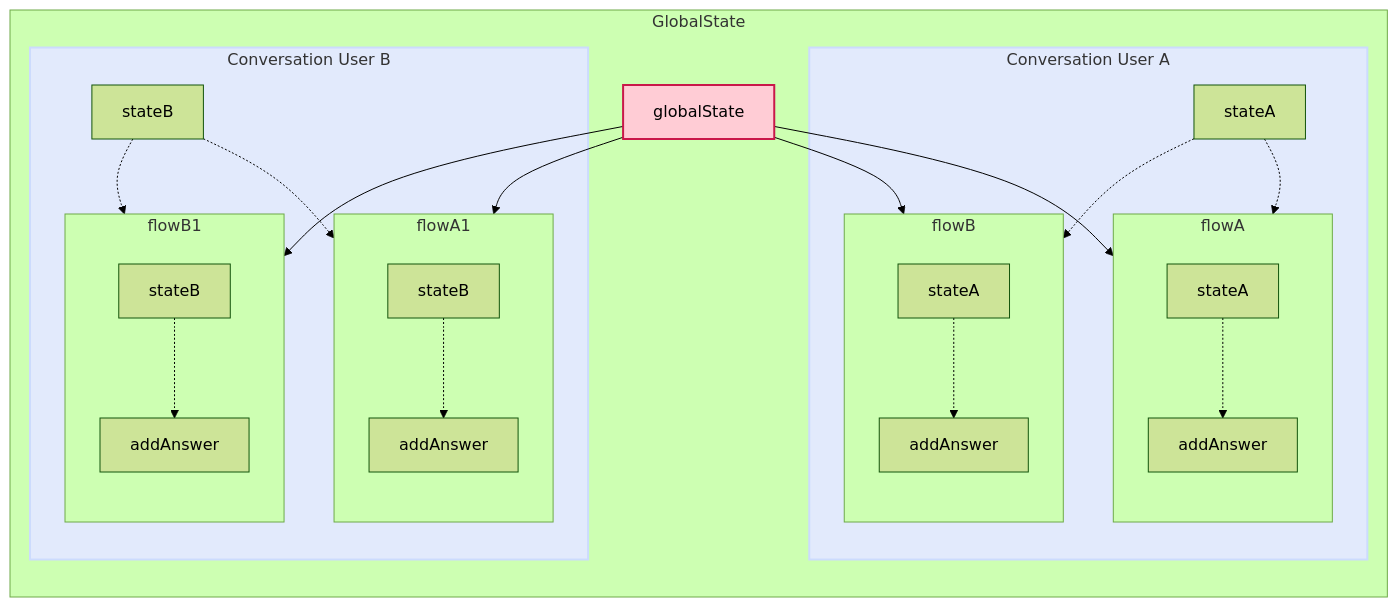
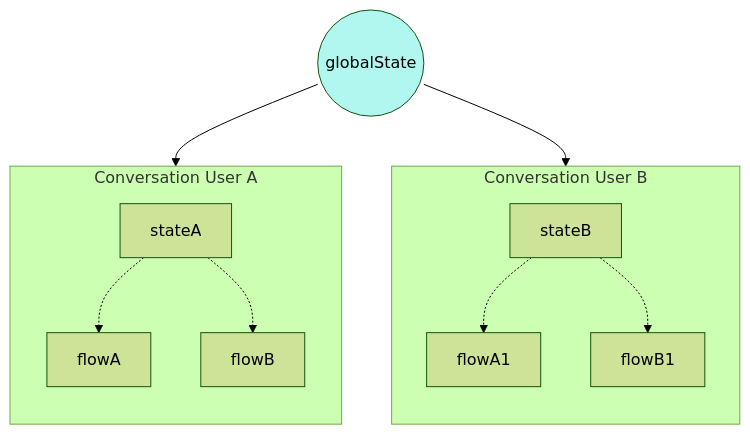
Before and after one commit to codigoencasa/documentation: the third of 4 diagrams in src/pages/en/methods/index.mdx, drawn with Mermaid (forest theme). The commit also changed other lines of this file and 51 other files, not shown here.

````diff
--- a/src/pages/en/methods/index.mdx
+++ b/src/pages/en/methods/index.mdx
@@ -209,50 +200,17 @@
 ```mermaid
-flowchart LR
-    subgraph sub0[GlobalState]
-      subgraph sub1[Conversation User A]
-        style sub1 fill:#e2eafc,stroke:#ccdbfd,stroke-width:2px
-        subgraph flowA
-            direction TB
-            top1[stateA] -.-> bottom1[addAnswer]
-        end
-        subgraph flowB
-            direction TB
-            top2[stateA] -.-> bottom2[addAnswer]
-        end
-        %% ^ These subgraphs are identical, except for the links to them:
-
-        %% Link *to* flowA: flowA direction is maintained
-        stateA -.-> top1
-        %% Link *within* flowB:
-        %% flowB inherits the direction of the top-level graph (LR)
-        stateA -.-> top2
-      end
-
-      subgraph sub2[Conversation User B]
-        style sub2 fill:#e2eafc,stroke:#ccdbfd,stroke-width:2px
-        subgraph flowA1
-            direction TB
-            top3[stateB] -.-> bottom3[addAnswer]
-        end
-        subgraph flowB1
-            direction TB
-            top4[stateB] -.-> bottom4[addAnswer]
-        end
-        %% ^ These subgraphs are identical, except for the links to them:
-
-        %% Link *to* flowA1: flowA1 direction is maintained
-        stateB -.-> top3
-        %% Link *within* flowB1:
-        %% flowB1 inherits the direction of the top-level graph (LR)
-        stateB -.-> top4
-      end
-
-        globalState --> bottom1
-        globalState --> bottom2
-        globalState --> bottom3
-        globalState --> bottom4
-
-        style globalState fill:#ffccd5,stroke:#c9184a,stroke-width:2px
+flowchart TB
+    globalState((globalState))
+    subgraph userA[Conversation User A]
+        direction TB
+        stateA[stateA] -.-> flowA[flowA]
+        stateA -.-> flowB[flowB]
     end
-
+    subgraph userB[Conversation User B]
+        direction TB
+        stateB[stateB] -.-> flowA1[flowA1]
+        stateB -.-> flowB1[flowB1]
+    end
+    globalState --> userA
+    globalState --> userB
+    style globalState fill:#b2f7ef
 ```
````
